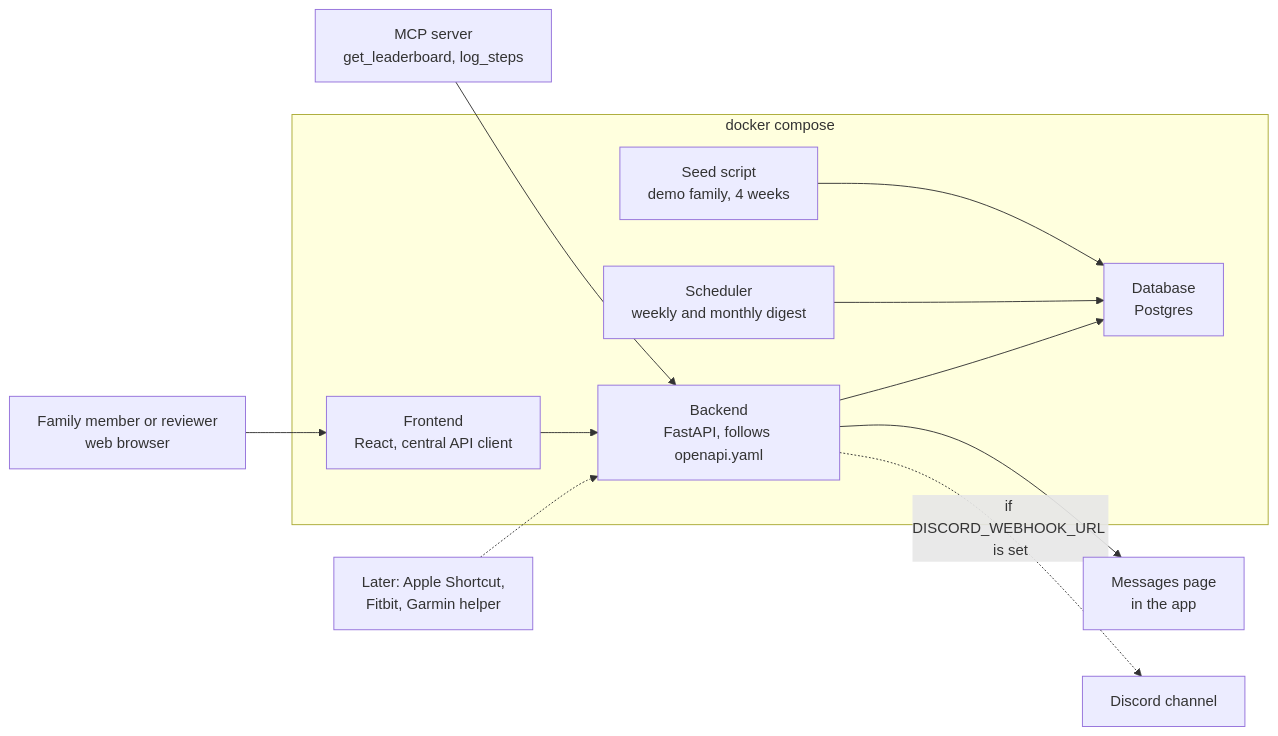
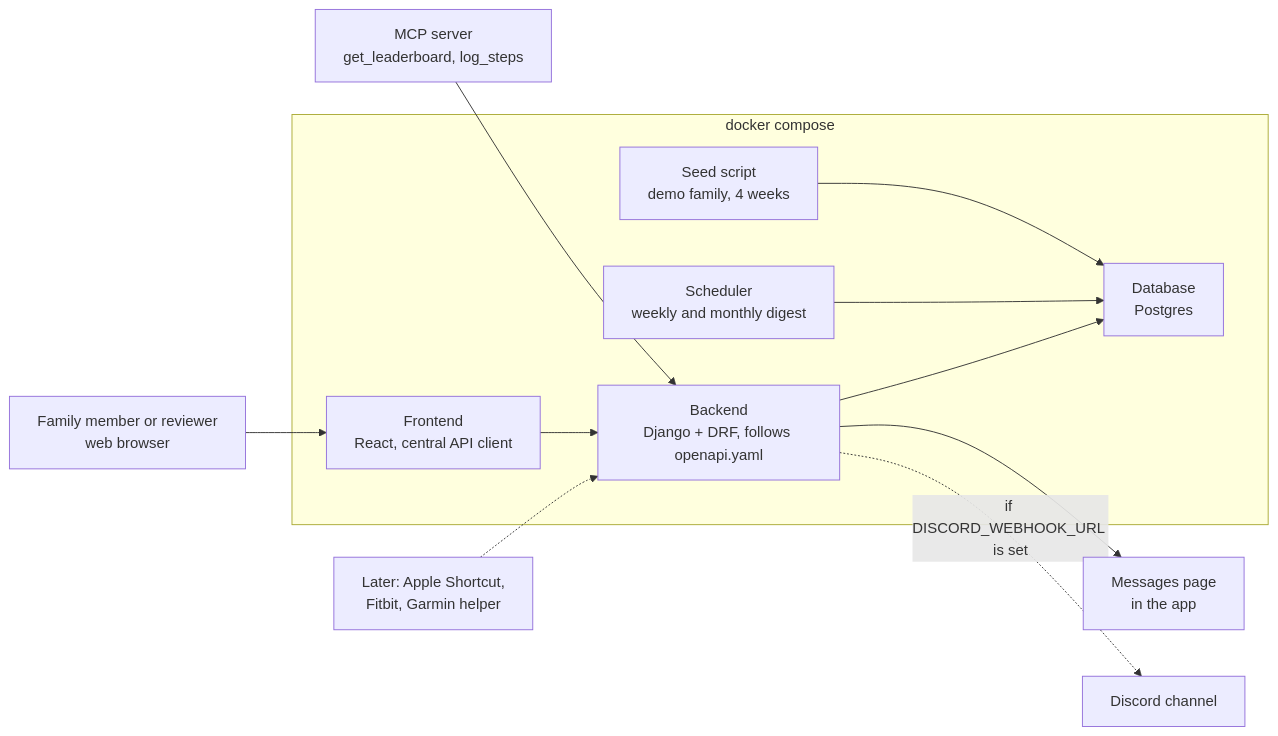
Before and after one commit to ChristianSpencer7/ai-dev-tools-proj: the diagram in docs/plan.md, drawn with Mermaid. The commit also changed other lines of this file and 4 other files, not shown here.

````diff
--- a/docs/plan.md
+++ b/docs/plan.md
@@ -39,14 +39,14 @@
 ```mermaid
 flowchart LR
     U["Family member or reviewer<br/>web browser"] --> FE
     EXT["Later: Apple Shortcut,<br/>Fitbit, Garmin helper"] -.-> API
     subgraph Compose["docker compose"]
-        FE["Frontend<br/>React, central API client"] --> API["Backend<br/>FastAPI, follows openapi.yaml"]
+        FE["Frontend<br/>React, central API client"] --> API["Backend<br/>Django + DRF, follows openapi.yaml"]
         API --> DB["Database<br/>Postgres"]
         SCH["Scheduler<br/>weekly and monthly digest"] --> DB
         SEED["Seed script<br/>demo family, 4 weeks"] --> DB
     end
     API --> MSG["Messages page<br/>in the app"]
     API -. "if DISCORD_WEBHOOK_URL is set" .-> DC["Discord channel"]
     MCP["MCP server<br/>get_leaderboard, log_steps"] --> API
 ```
````
